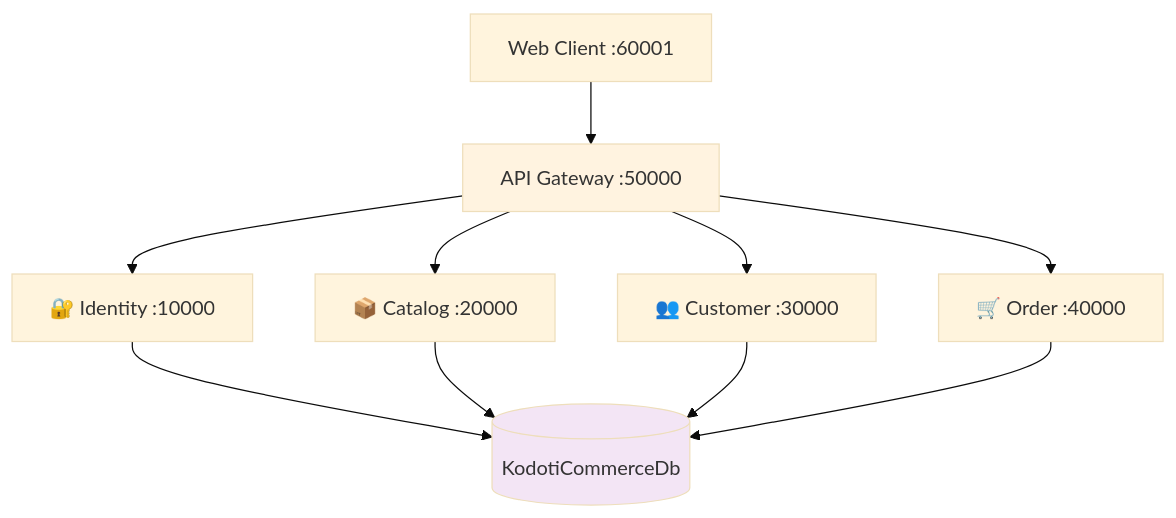
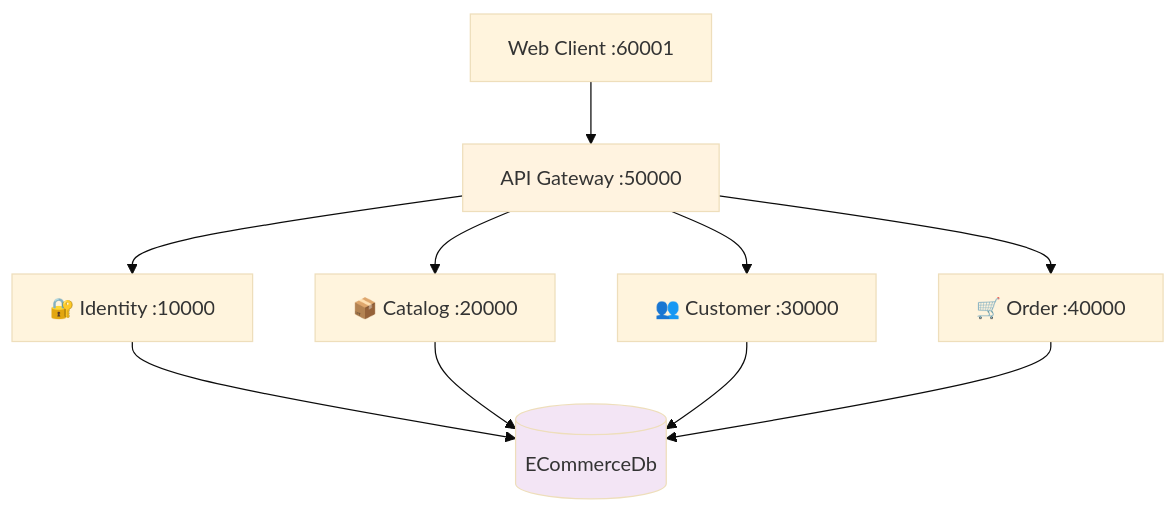
Before and after one commit to MiltonMolloja/ECommerceMicroserviceArchitecture: the first of 5 diagrams in DOCS_README.md, drawn with Mermaid (base theme). The commit also changed other lines of this file and 32 other files, not shown here.

````diff
--- a/DOCS_README.md
+++ b/DOCS_README.md
@@ -75,16 +75,16 @@
 ```mermaid
 graph TB
     WC[Web Client :60001] --> GW[API Gateway :50000]
     GW --> I[🔐 Identity :10000]
     GW --> C[📦 Catalog :20000]
     GW --> CU[👥 Customer :30000]
     GW --> O[🛒 Order :40000]
     
-    I --> DB[(KodotiCommerceDb)]
+    I --> DB[(ECommerceDb)]
     C --> DB
     CU --> DB
     O --> DB
     
     style GW fill:#fff3e0
     style DB fill:#f3e5f5
 ```
````
